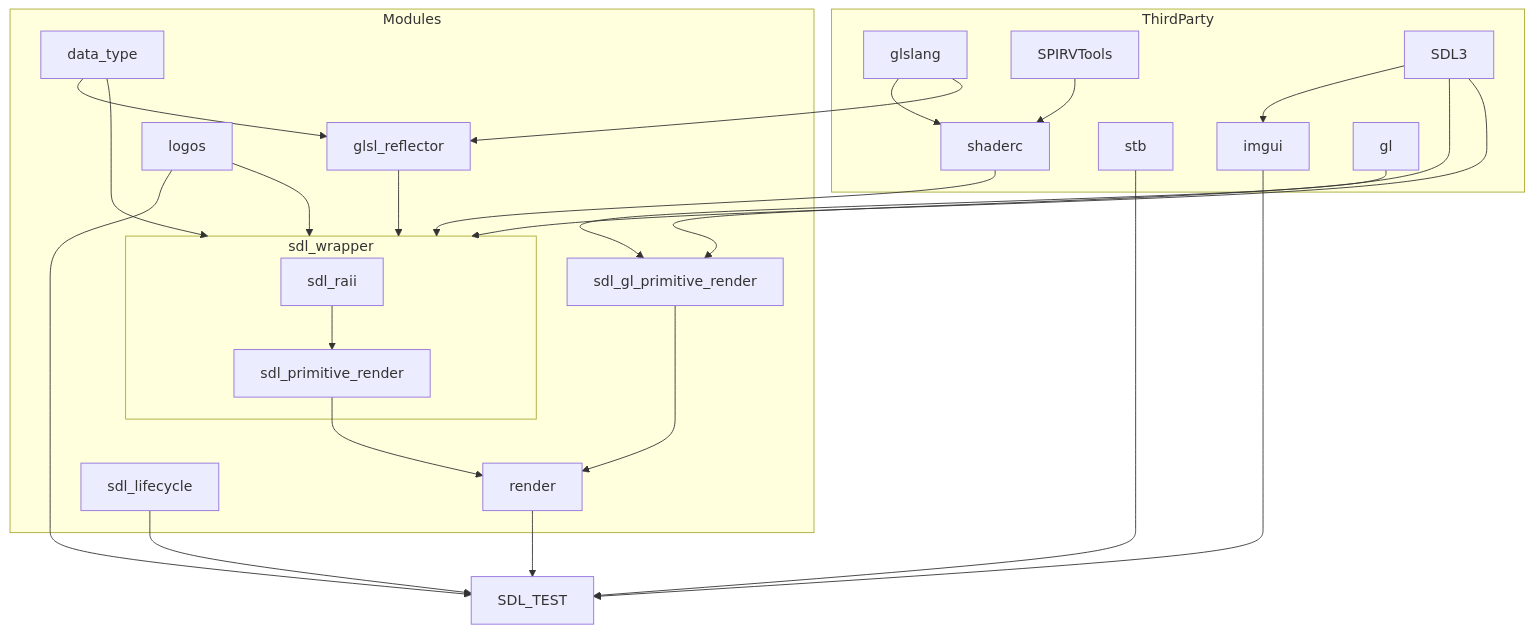
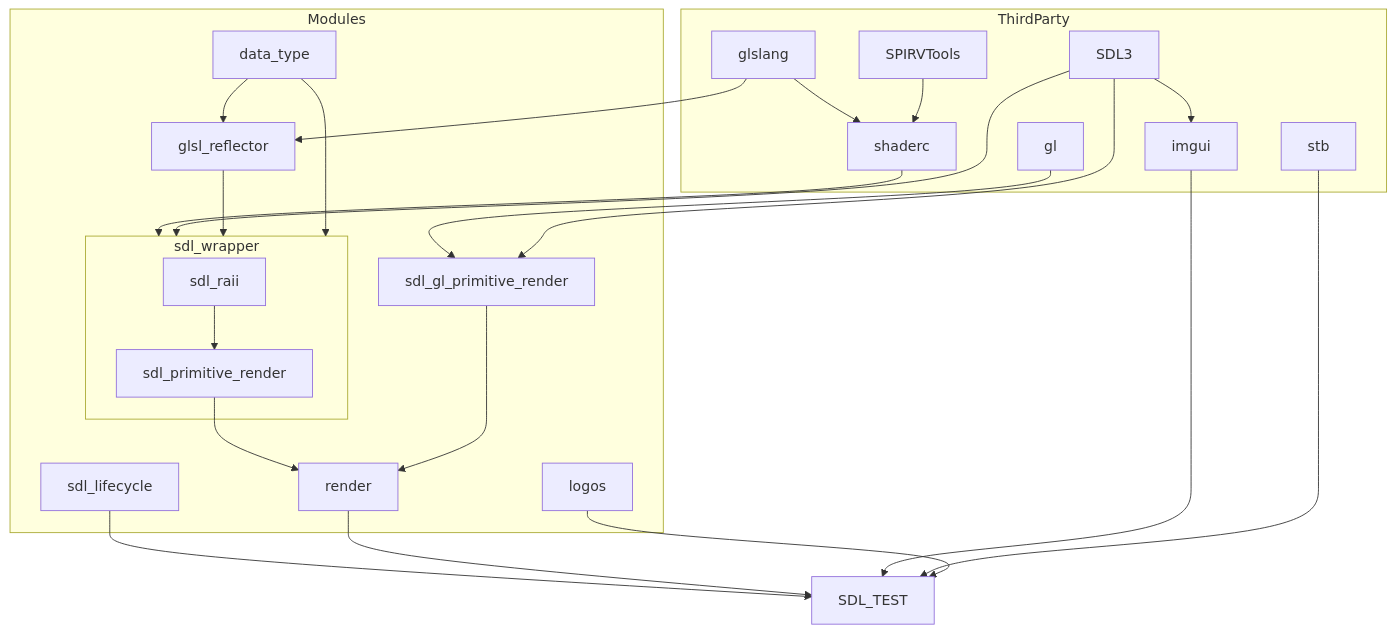
The diagram in README.md (WSQS/sdl_test), drawn with Mermaid before and after one commit. The commit also changed 3 other files, not shown here.

Commit message:
fix: remove logos from sdl_wrapper

````diff
--- a/README.md
+++ b/README.md
@@ -7,57 +7,56 @@
 ```mermaid
 graph TD
 
     subgraph ThirdParty
         glslang
         shaderc
         SPIRVTools
         SDL3
         stb
         imgui
         gl
     end
 
     subgraph Modules
         data_type
         glsl_reflector
         sdl_wrapper
         logos
         render
         sdl_gl_primitive_render
         sdl_lifecycle
     end
     
     subgraph sdl_wrapper
         sdl_raii
         sdl_primitive_render
     end
 
     glslang --> shaderc
     SPIRVTools --> shaderc
 
     SDL3 --> imgui
 
     glslang --> glsl_reflector
     data_type --> glsl_reflector
 
-    logos --> sdl_wrapper
     shaderc --> sdl_wrapper
     SDL3 --> sdl_wrapper
     glsl_reflector --> sdl_wrapper
     data_type --> sdl_wrapper
     
     sdl_raii --> sdl_primitive_render
     
     gl --> sdl_gl_primitive_render
     SDL3 --> sdl_gl_primitive_render
     
     sdl_primitive_render --> render
     sdl_gl_primitive_render --> render
     
 
     sdl_lifecycle --> SDL_TEST
     render --> SDL_TEST
     imgui --> SDL_TEST
     stb --> SDL_TEST
     logos --> SDL_TEST
 ```
````
